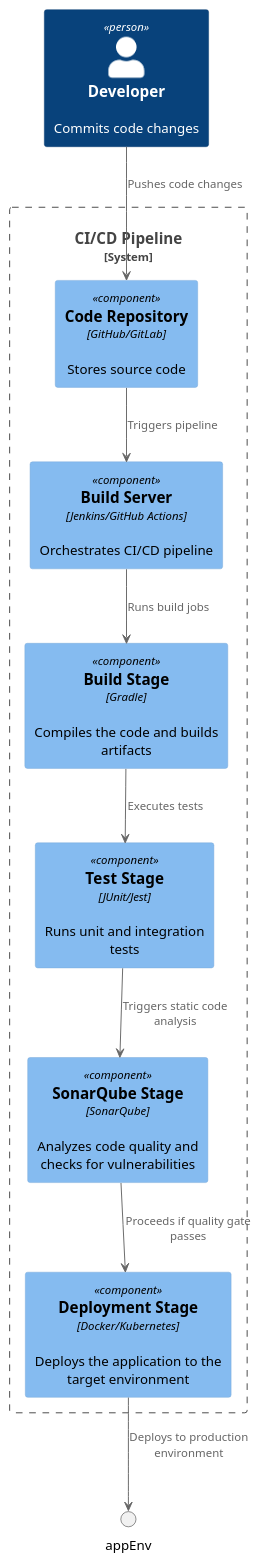
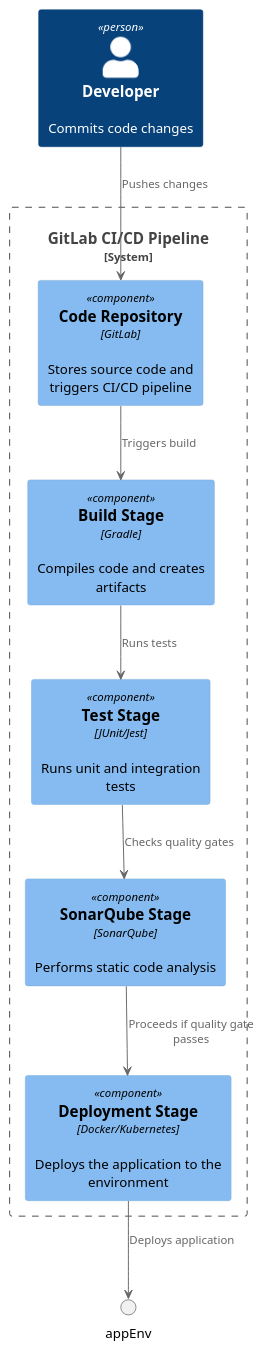
One commit to AlphaUsername123/individualsocialmedia changed the diagram in Documents/Pipeline Setup/pipeline.puml. Above: the diagram before and after it, drawn with PlantUML.

Commit message:
updated pipeline diagram

```diff
--- a/Documents/Pipeline Setup/pipeline.puml
+++ b/Documents/Pipeline Setup/pipeline.puml
@@ -1,23 +1,21 @@
 @startuml
 !include <C4/C4_Component>
 
-System_Boundary(ciPipeline, "CI/CD Pipeline") {
-    Component(codeRepo, "Code Repository", "GitHub/GitLab", "Stores source code")
-    Component(buildServer, "Build Server", "Jenkins/GitHub Actions", "Orchestrates CI/CD pipeline")
-    Component(buildStage, "Build Stage", "Gradle", "Compiles the code and builds artifacts")
+System_Boundary(ciPipeline, "GitLab CI/CD Pipeline") {
+    Component(codeRepo, "Code Repository", "GitLab", "Stores source code and triggers CI/CD pipeline")
+    Component(buildStage, "Build Stage", "Gradle", "Compiles code and creates artifacts")
     Component(testStage, "Test Stage", "JUnit/Jest", "Runs unit and integration tests")
-    Component(sonarStage, "SonarQube Stage", "SonarQube", "Analyzes code quality and checks for vulnerabilities")
-    Component(deployStage, "Deployment Stage", "Docker/Kubernetes", "Deploys the application to the target environment")
+    Component(sonarStage, "SonarQube Stage", "SonarQube", "Performs static code analysis")
+    Component(deployStage, "Deployment Stage", "Docker/Kubernetes", "Deploys the application to the environment")
 }
 
 Person(dev, "Developer", "Commits code changes")
 
-' Relationships with enforced directions
-dev -down-> codeRepo : "Pushes code changes"
-codeRepo -down-> buildServer : "Triggers pipeline"
-buildServer -down-> buildStage : "Runs build jobs"
-buildStage -down-> testStage : "Executes tests"
-testStage -down-> sonarStage : "Triggers static code analysis"
+' Relationships
+dev -down-> codeRepo : "Pushes changes"
+codeRepo -down-> buildStage : "Triggers build"
+buildStage -down-> testStage : "Runs tests"
+testStage -down-> sonarStage : "Checks quality gates"
 sonarStage -down-> deployStage : "Proceeds if quality gate passes"
-deployStage -down-> appEnv : "Deploys to production environment"
+deployStage -down-> appEnv : "Deploys application"
 @enduml
```
